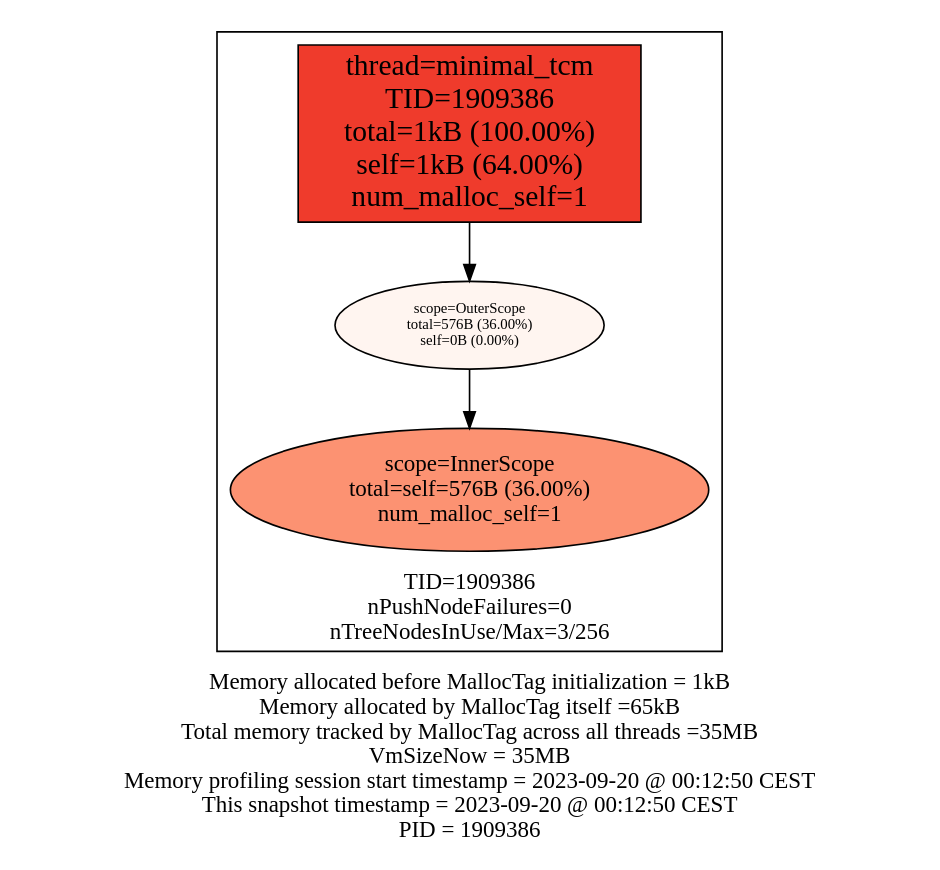
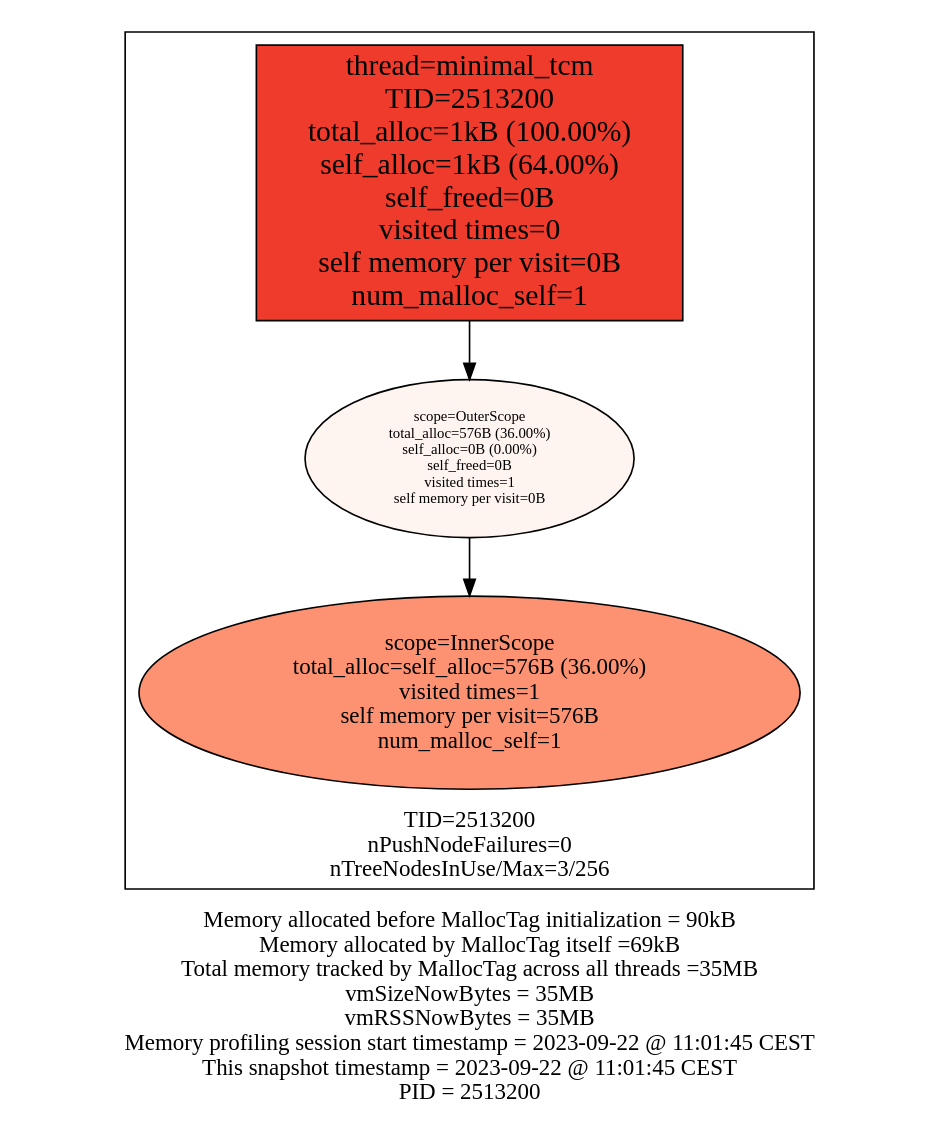
The diagram in examples/malloctag_and_tcmalloc/malloctag_and_tcmalloc_stats.dot (f18m/malloc-tag), drawn with Graphviz before and after one commit. The commit also changed 2 other files, not shown here.

```diff
--- a/examples/malloctag_and_tcmalloc/malloctag_and_tcmalloc_stats.dot
+++ b/examples/malloctag_and_tcmalloc/malloctag_and_tcmalloc_stats.dot
@@ -1,16 +1,16 @@
 digraph MallocTree {
  node [colorscheme=reds9 style=filled]
- subgraph cluster_TID1909386 {
+ subgraph cluster_TID2513200 {
   node [colorscheme=reds9 style=filled]
   labelloc="b"
-  label="TID=1909386\nnPushNodeFailures=0\nnTreeNodesInUse/Max=3/256\n"
-  "1909386_minimal_tcm" [label="thread=minimal_tcm\nTID=1909386\ntotal=1kB (100.00%)\nself=1kB (64.00%)\nnum_malloc_self=1" shape=box fillcolor=6 fontsize=18]
-  "1909386_minimal_tcm" -> "1909386_OuterScope"
-  "1909386_OuterScope" [label="scope=OuterScope\ntotal=576B (36.00%)\nself=0B (0.00%)" fillcolor=1 fontsize=9]
-  "1909386_OuterScope" -> "1909386_InnerScope"
-  "1909386_InnerScope" [label="scope=InnerScope\ntotal=self=576B (36.00%)\nnum_malloc_self=1" fillcolor=4 fontsize=14]
+  label="TID=2513200\nnPushNodeFailures=0\nnTreeNodesInUse/Max=3/256\n"
+  "2513200_minimal_tcm" [label="thread=minimal_tcm\nTID=2513200\ntotal_alloc=1kB (100.00%)\nself_alloc=1kB (64.00%)\nself_freed=0B\nvisited times=0\nself memory per visit=0B\nnum_malloc_self=1" shape=box fillcolor=6 fontsize=18]
+  "2513200_minimal_tcm" -> "2513200_OuterScope"
+  "2513200_OuterScope" [label="scope=OuterScope\ntotal_alloc=576B (36.00%)\nself_alloc=0B (0.00%)\nself_freed=0B\nvisited times=1\nself memory per visit=0B" fillcolor=1 fontsize=9]
+  "2513200_OuterScope" -> "2513200_InnerScope"
+  "2513200_InnerScope" [label="scope=InnerScope\ntotal_alloc=self_alloc=576B (36.00%)\nvisited times=1\nself memory per visit=576B\nnum_malloc_self=1" fillcolor=4 fontsize=14]
  }
 
  labelloc="b"
- label="Memory allocated before MallocTag initialization = 1kB\nMemory allocated by MallocTag itself =65kB\nTotal memory tracked by MallocTag across all threads =35MB\nVmSizeNow = 35MB\nMemory profiling session start timestamp = 2023-09-20 @ 00:12:50 CEST\nThis snapshot timestamp = 2023-09-20 @ 00:12:50 CEST\nPID = 1909386\n"
+ label="Memory allocated before MallocTag initialization = 90kB\nMemory allocated by MallocTag itself =69kB\nTotal memory tracked by MallocTag across all threads =35MB\nvmSizeNowBytes = 35MB\nvmRSSNowBytes = 35MB\nMemory profiling session start timestamp = 2023-09-22 @ 11:01:45 CEST\nThis snapshot timestamp = 2023-09-22 @ 11:01:45 CEST\nPID = 2513200\n"
 }
```
